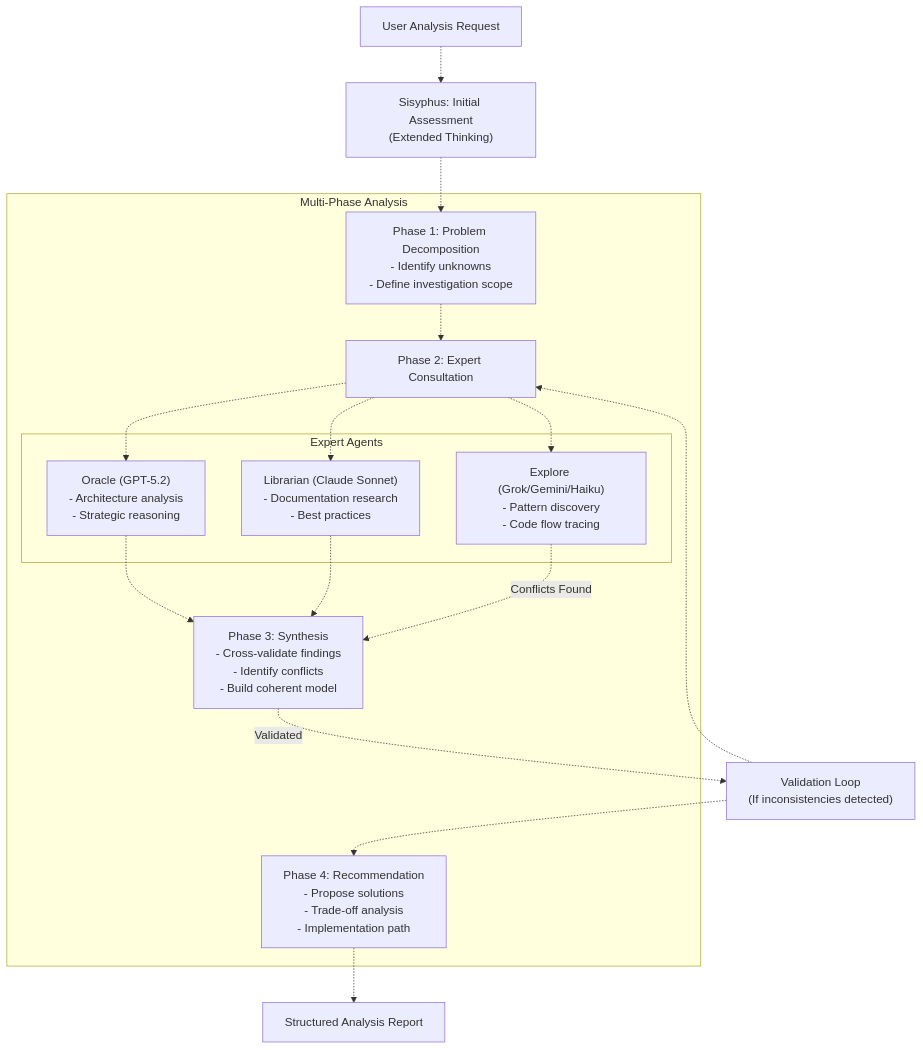
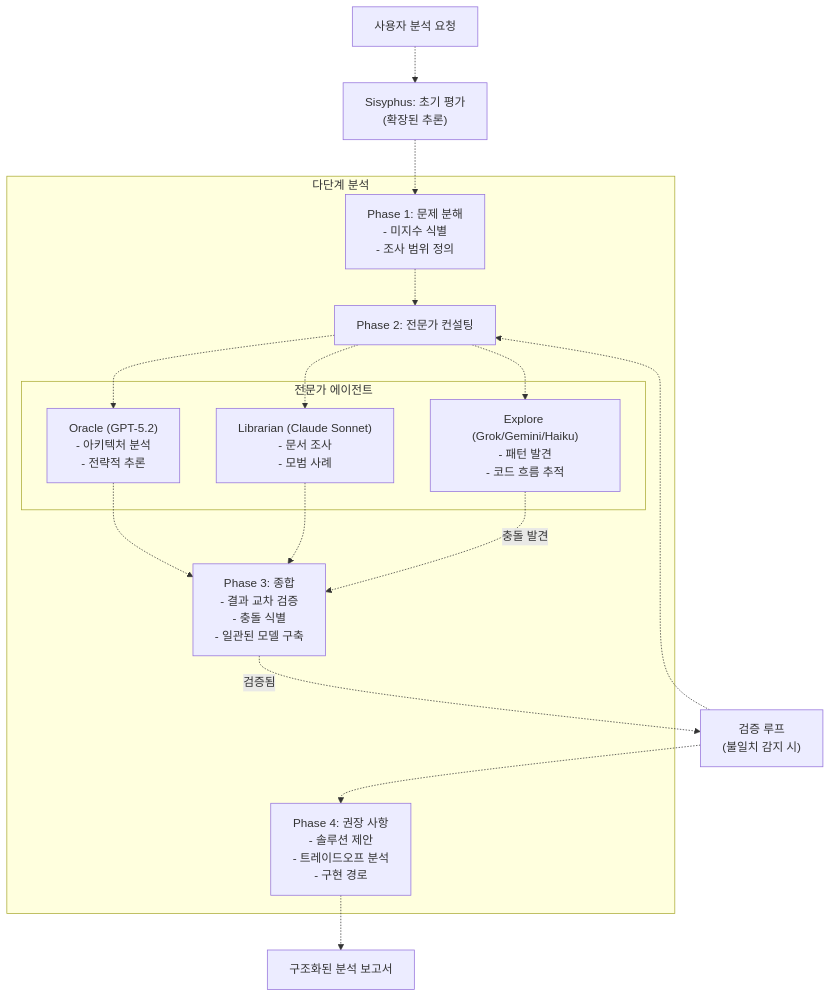
Before and after one commit to felipetruman/oh-my-opencode-docs: the fourth of 5 diagrams in docs/advanced/keyword-modes.md, drawn with Mermaid. The commit also changed other lines of this file and 76 other files, not shown here.

````diff
--- a/docs/advanced/keyword-modes.md
+++ b/docs/advanced/keyword-modes.md
@@ -262,42 +262,42 @@
 ```mermaid
 flowchart TD
 
-Request["User Analysis Request"]
-InitialThink["Sisyphus: Initial Assessment<br>(Extended Thinking)"]
-Phase1["Phase 1: Problem Decomposition<br>- Identify unknowns<br>- Define investigation scope"]
-Phase2["Phase 2: Expert Consultation"]
-Oracle["Oracle (GPT-5.2)<br>- Architecture analysis<br>- Strategic reasoning"]
-Librarian["Librarian (Claude Sonnet)<br>- Documentation research<br>- Best practices"]
-Explore["Explore (Grok/Gemini/Haiku)<br>- Pattern discovery<br>- Code flow tracing"]
-Phase3["Phase 3: Synthesis<br>- Cross-validate findings<br>- Identify conflicts<br>- Build coherent model"]
-Phase4["Phase 4: Recommendation<br>- Propose solutions<br>- Trade-off analysis<br>- Implementation path"]
-Validate["Validation Loop<br>(If inconsistencies detected)"]
-FinalResponse["Structured Analysis Report"]
+Request["사용자 분석 요청"]
+InitialThink["Sisyphus: 초기 평가<br>(확장된 추론)"]
+Phase1["Phase 1: 문제 분해<br>- 미지수 식별<br>- 조사 범위 정의"]
+Phase2["Phase 2: 전문가 컨설팅"]
+Oracle["Oracle (GPT-5.2)<br>- 아키텍처 분석<br>- 전략적 추론"]
+Librarian["Librarian (Claude Sonnet)<br>- 문서 조사<br>- 모범 사례"]
+Explore["Explore (Grok/Gemini/Haiku)<br>- 패턴 발견<br>- 코드 흐름 추적"]
+Phase3["Phase 3: 종합<br>- 결과 교차 검증<br>- 충돌 식별<br>- 일관된 모델 구축"]
+Phase4["Phase 4: 권장 사항<br>- 솔루션 제안<br>- 트레이드오프 분석<br>- 구현 경로"]
+Validate["검증 루프<br>(불일치 감지 시)"]
+FinalResponse["구조화된 분석 보고서"]
 
 Request -.-> InitialThink
 InitialThink -.-> Phase1
-Phase3 -.->|"Validated"| Validate
+Phase3 -.->|"검증됨"| Validate
 Validate -.-> Phase2
 Validate -.-> Phase4
 Phase4 -.-> FinalResponse
 
-subgraph subGraph1 ["Multi-Phase Analysis"]
+subgraph subGraph1 ["다단계 분석"]
     Phase1
     Phase2
     Phase3
     Phase4
     Phase1 -.-> Phase2
     Phase2 -.-> Oracle
     Phase2 -.-> Librarian
     Phase2 -.-> Explore
     Oracle -.-> Phase3
     Librarian -.-> Phase3
-    Explore -.->|"Conflicts Found"| Phase3
+    Explore -.->|"충돌 발견"| Phase3
 
-subgraph subGraph0 ["Expert Agents"]
+subgraph subGraph0 ["전문가 에이전트"]
     Oracle
     Librarian
     Explore
 end
 end
 ```
````
